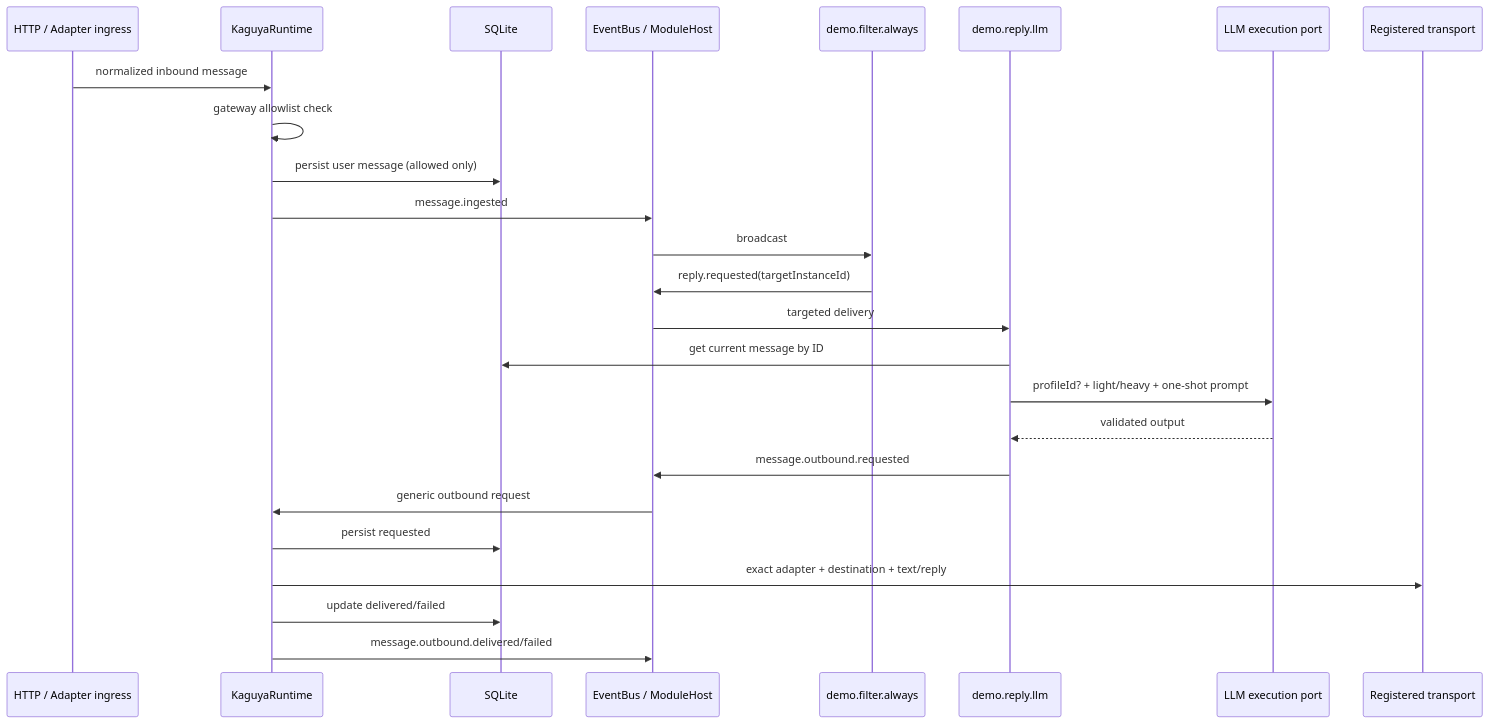
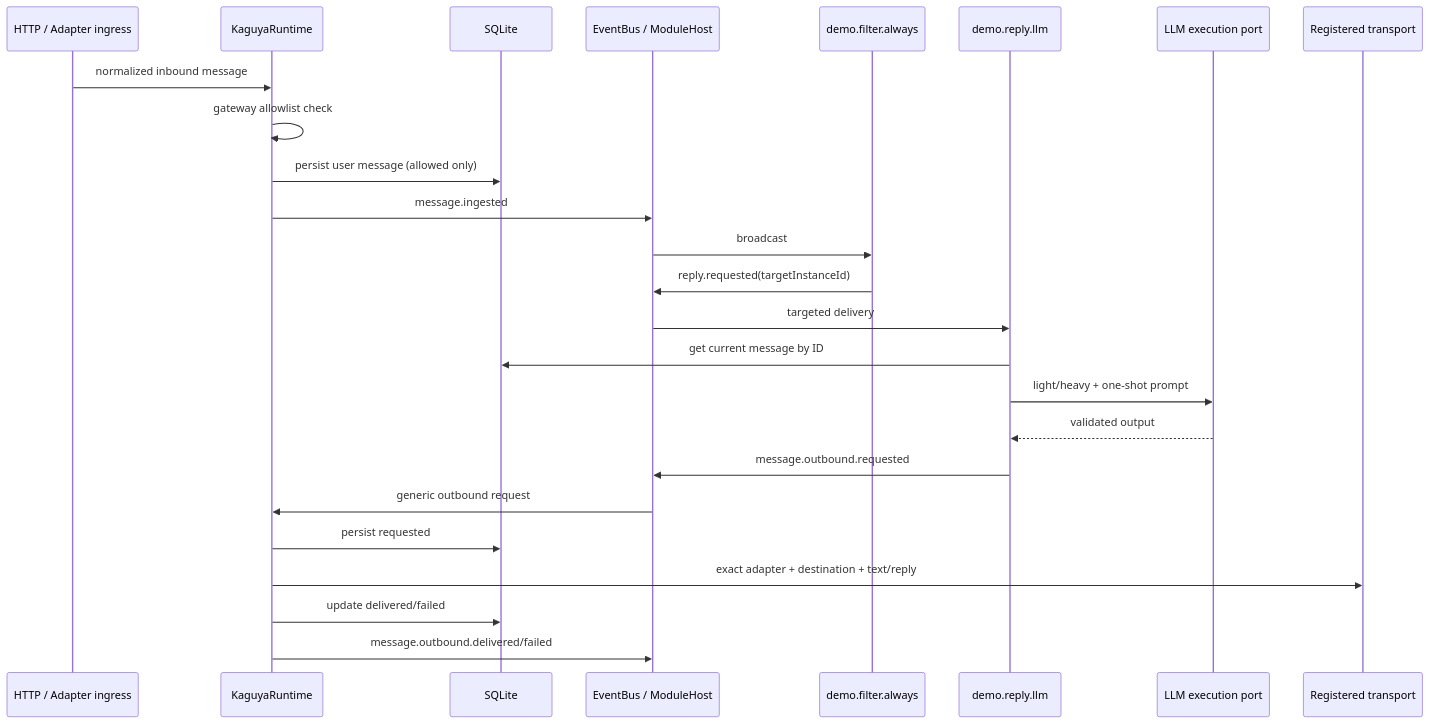
Before and after one commit to posanbu/Kaguya: the second of 2 diagrams in docs/zh/develop/index.md, drawn with Mermaid. The commit also changed other lines of this file and 78 other files, not shown here.

````diff
--- a/docs/zh/develop/index.md
+++ b/docs/zh/develop/index.md
@@ -40,28 +40,28 @@
 ```mermaid
 sequenceDiagram
   participant Ingress as HTTP / Adapter ingress
   participant Core as KaguyaRuntime
   participant DB as SQLite
   participant Bus as EventBus / ModuleHost
   participant Filter as demo.filter.always
   participant Reply as demo.reply.llm
   participant LLM as LLM execution port
   participant Transport as Registered transport
 
   Ingress->>Core: normalized inbound message
   Core->>Core: gateway allowlist check
   Core->>DB: persist user message (allowed only)
   Core->>Bus: message.ingested
   Bus->>Filter: broadcast
   Filter->>Bus: reply.requested(targetInstanceId)
   Bus->>Reply: targeted delivery
   Reply->>DB: get current message by ID
-  Reply->>LLM: profileId? + light/heavy + one-shot prompt
+  Reply->>LLM: light/heavy + one-shot prompt
   LLM-->>Reply: validated output
   Reply->>Bus: message.outbound.requested
   Bus->>Core: generic outbound request
   Core->>DB: persist requested
   Core->>Transport: exact adapter + destination + text/reply
   Core->>DB: update delivered/failed
   Core->>Bus: message.outbound.delivered/failed
 ```
````
